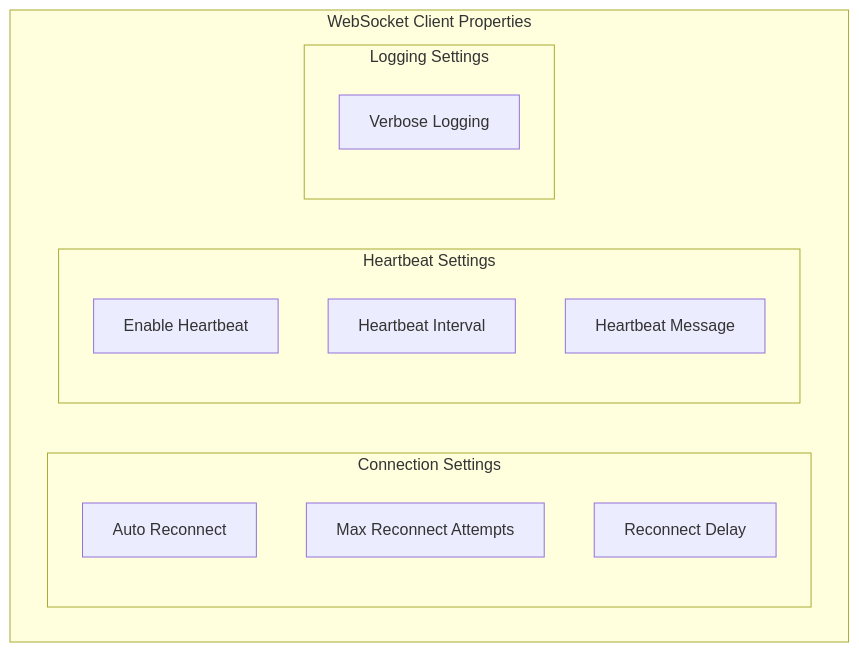
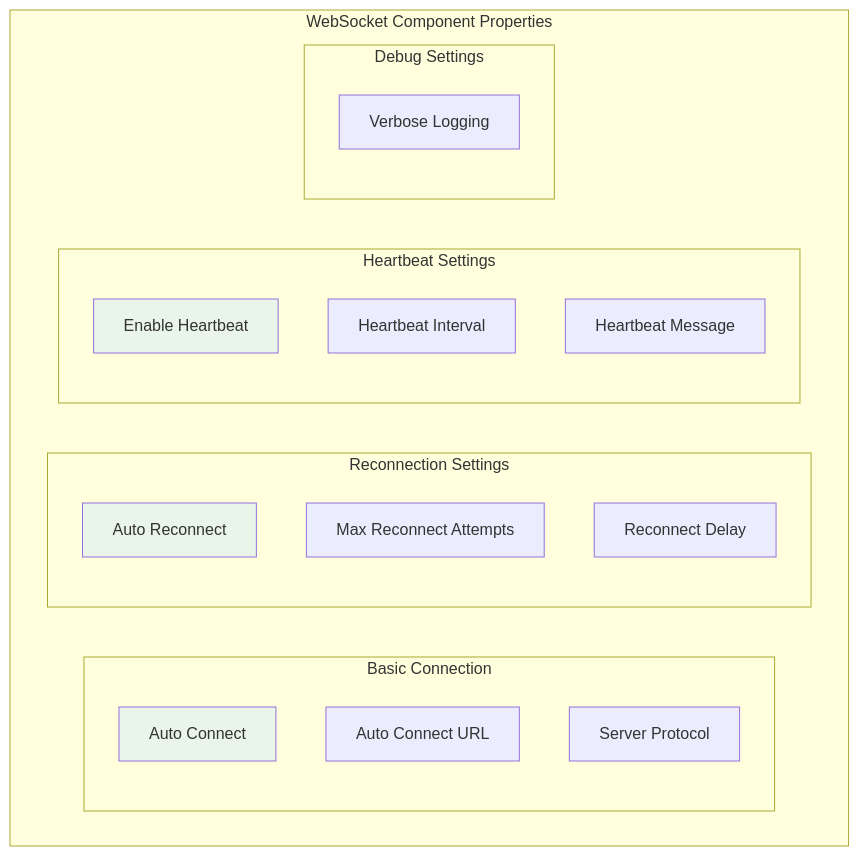
Before and after one commit to Tuafo/Horizon-Plugin-UE5-test: the fifth of 5 diagrams in README.md, drawn with Mermaid. The commit also changed other lines of this file, not shown here.

Commit message:
Update README graphs and examples to reflect simplified SocketIOClient-style architecture

````diff
--- a/README.md
+++ b/README.md
@@ -185,20 +200,30 @@
 ```mermaid
 graph TD
-    subgraph "WebSocket Client Properties"
-        subgraph "Connection Settings"
-            WS_AUTO[Auto Reconnect]
-            WS_ATTEMPTS[Max Reconnect Attempts]
-            WS_DELAY[Reconnect Delay]
+    subgraph "WebSocket Component Properties"
+        subgraph "Basic Connection"
+            AUTO[Auto Connect]
+            URL[Auto Connect URL]
+            PROTOCOL[Server Protocol]
+        end
+        
+        subgraph "Reconnection Settings"
+            AUTO_RECONNECT[Auto Reconnect]
+            MAX_ATTEMPTS[Max Reconnect Attempts]
+            RECONNECT_DELAY[Reconnect Delay]
         end
         
         subgraph "Heartbeat Settings"
-            HB_ENABLE[Enable Heartbeat]
-            HB_INTERVAL[Heartbeat Interval]
-            HB_MESSAGE[Heartbeat Message]
+            HEARTBEAT[Enable Heartbeat]
+            INTERVAL[Heartbeat Interval]
+            MESSAGE[Heartbeat Message]
         end
         
-        subgraph "Logging Settings"
-            LOG_VERBOSE[Verbose Logging]
+        subgraph "Debug Settings"
+            VERBOSE[Verbose Logging]
         end
     end
+    
+    style AUTO fill:#e8f5e8
+    style AUTO_RECONNECT fill:#e8f5e8
+    style HEARTBEAT fill:#e8f5e8
 ```
````
